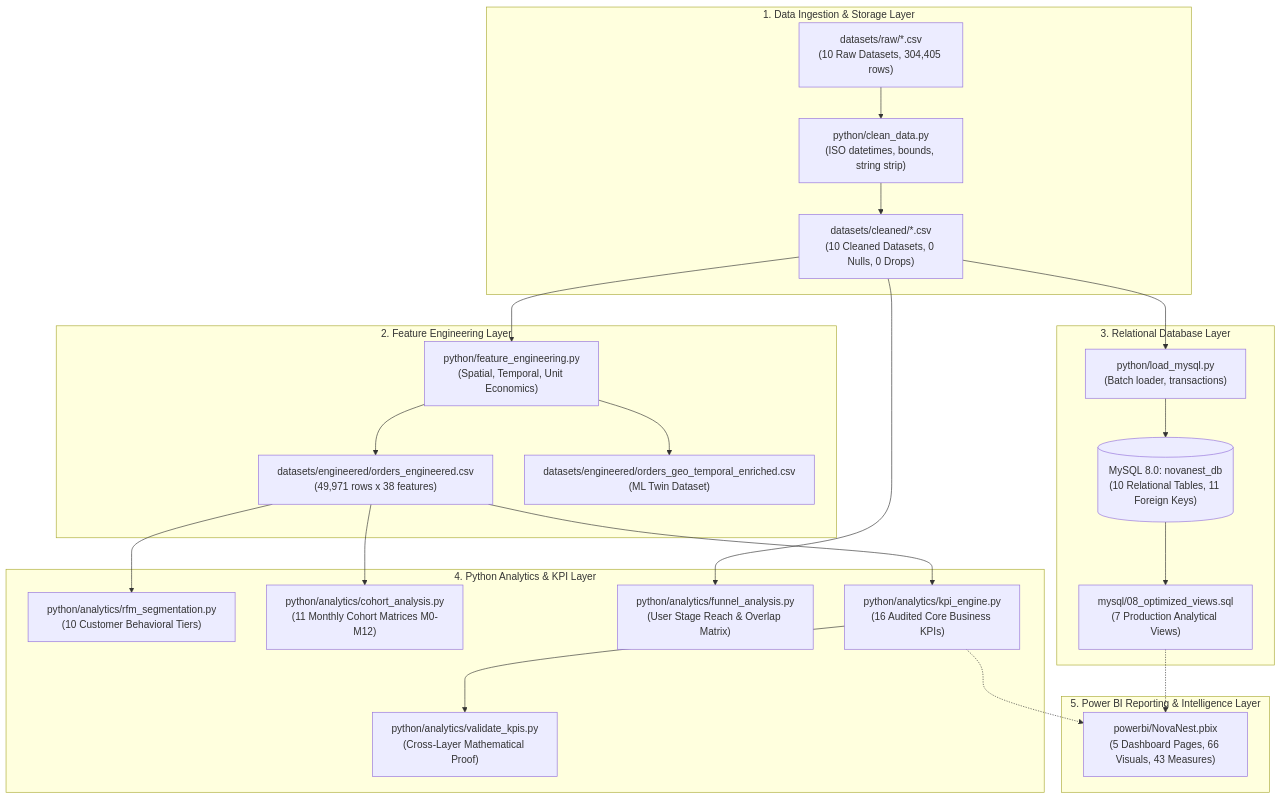
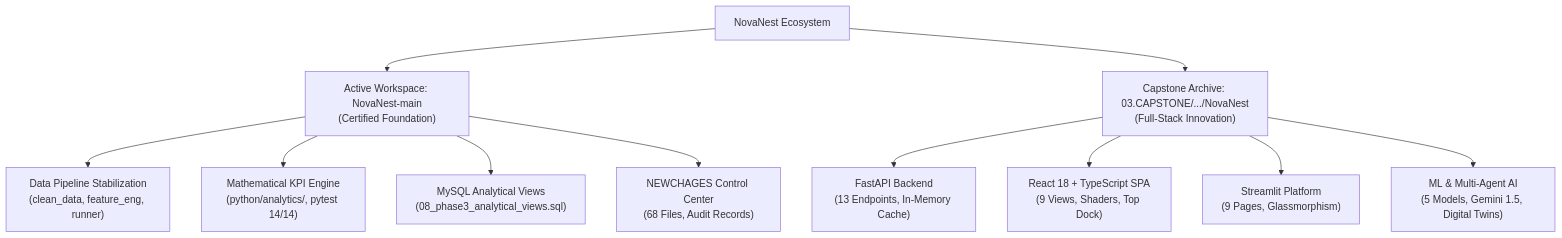
Before and after one commit to hemendrakumar-RR/NovaNest: the first of 4 diagrams in reports/NOVANEST_COMPLETE_PROJECT_REPORT.md, drawn with Mermaid. The commit also changed other lines of this file and 24 other files, not shown here.

````diff
--- a/reports/NOVANEST_COMPLETE_PROJECT_REPORT.md
+++ b/reports/NOVANEST_COMPLETE_PROJECT_REPORT.md
@@ -263,44 +32,15 @@
 ```mermaid
-flowchart TD
-    subgraph Data_Layer ["1. Data Ingestion & Storage Layer"]
-        RAW["datasets/raw/*.csv<br/>(10 Raw Datasets, 304,405 rows)"]
-        CLEAN["python/clean_data.py<br/>(ISO datetimes, bounds, string strip)"]
-        CLEANED["datasets/cleaned/*.csv<br/>(10 Cleaned Datasets, 0 Nulls, 0 Drops)"]
-        RAW --> CLEAN --> CLEANED
-    end
-
-    subgraph Feature_Layer ["2. Feature Engineering Layer"]
-        FE["python/feature_engineering.py<br/>(Spatial, Temporal, Unit Economics)"]
-        ENG["datasets/engineered/orders_engineered.csv<br/>(49,971 rows x 38 features)"]
-        ML_ENG["datasets/engineered/orders_geo_temporal_enriched.csv<br/>(ML Twin Dataset)"]
-        CLEANED --> FE
-        FE --> ENG
-        FE --> ML_ENG
-    end
-
-    subgraph Database_Layer ["3. Relational Database Layer"]
-        LOADER["python/load_mysql.py<br/>(Batch loader, transactions)"]
-        MYSQL[("MySQL 8.0: novanest_db<br/>(10 Relational Tables, 11 Foreign Keys)")]
-        VIEWS["mysql/08_optimized_views.sql<br/>(7 Production Analytical Views)"]
-        CLEANED --> LOADER --> MYSQL --> VIEWS
-    end
-
-    subgraph Analytics_Layer ["4. Python Analytics & KPI Layer"]
-        RFM["python/analytics/rfm_segmentation.py<br/>(10 Customer Behavioral Tiers)"]
-        COHORT["python/analytics/cohort_analysis.py<br/>(11 Monthly Cohort Matrices M0-M12)"]
-        FUNNEL["python/analytics/funnel_analysis.py<br/>(User Stage Reach & Overlap Matrix)"]
-        KPI["python/analytics/kpi_engine.py<br/>(16 Audited Core Business KPIs)"]
-        VAL["python/analytics/validate_kpis.py<br/>(Cross-Layer Mathematical Proof)"]
-        ENG --> RFM
-        ENG --> COHORT
-        CLEANED --> FUNNEL
-        ENG --> KPI
-        KPI --> VAL
-    end
-
-    subgraph BI_Layer ["5. Power BI Reporting & Intelligence Layer"]
-        PBI["powerbi/NovaNest.pbix<br/>(5 Dashboard Pages, 66 Visuals, 43 Measures)"]
-        VIEWS -.-> PBI
-        KPI -.-> PBI
-    end
+graph TD
+    A["NovaNest Ecosystem"] --> B["Active Workspace: NovaNest-main<br/>(Certified Foundation)"]
+    A --> C["Capstone Archive: 03.CAPSTONE/.../NovaNest<br/>(Full-Stack Innovation)"]
+    
+    B --> B1["Data Pipeline Stabilization<br/>(clean_data, feature_eng, runner)"]
+    B --> B2["Mathematical KPI Engine<br/>(python/analytics/, pytest 14/14)"]
+    B --> B3["MySQL Analytical Views<br/>(08_phase3_analytical_views.sql)"]
+    B --> B4["NEWCHAGES Control Center<br/>(68 Files, Audit Records)"]
+    
+    C --> C1["FastAPI Backend<br/>(13 Endpoints, In-Memory Cache)"]
+    C --> C2["React 18 + TypeScript SPA<br/>(9 Views, Shaders, Top Dock)"]
+    C --> C3["Streamlit Platform<br/>(9 Pages, Glassmorphism)"]
+    C --> C4["ML & Multi-Agent AI<br/>(5 Models, Gemini 1.5, Digital Twins)"]
 ```
````
